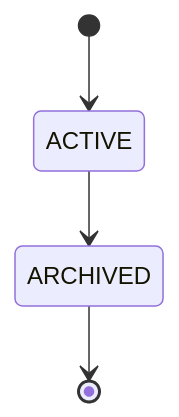
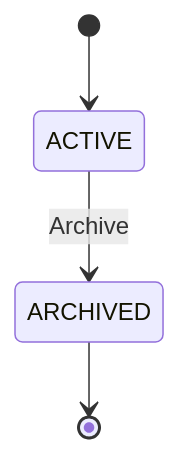
The tenth of 16 diagrams in docs/md/05_transactions_and_state.md (quangnt03/MarketplaceXL-spring-ms), drawn with Mermaid before and after one commit. The commit also changed other lines of this file and 3 other files, not shown here.

````diff
--- a/docs/md/05_transactions_and_state.md
+++ b/docs/md/05_transactions_and_state.md
@@ -159,6 +193,6 @@
-```mermaid 
+```mermaid
 stateDiagram-v2
     [*] --> ACTIVE
-    ACTIVE --> ARCHIVED 
+    ACTIVE --> ARCHIVED: Archive
     ARCHIVED --> [*]
 ```
````
